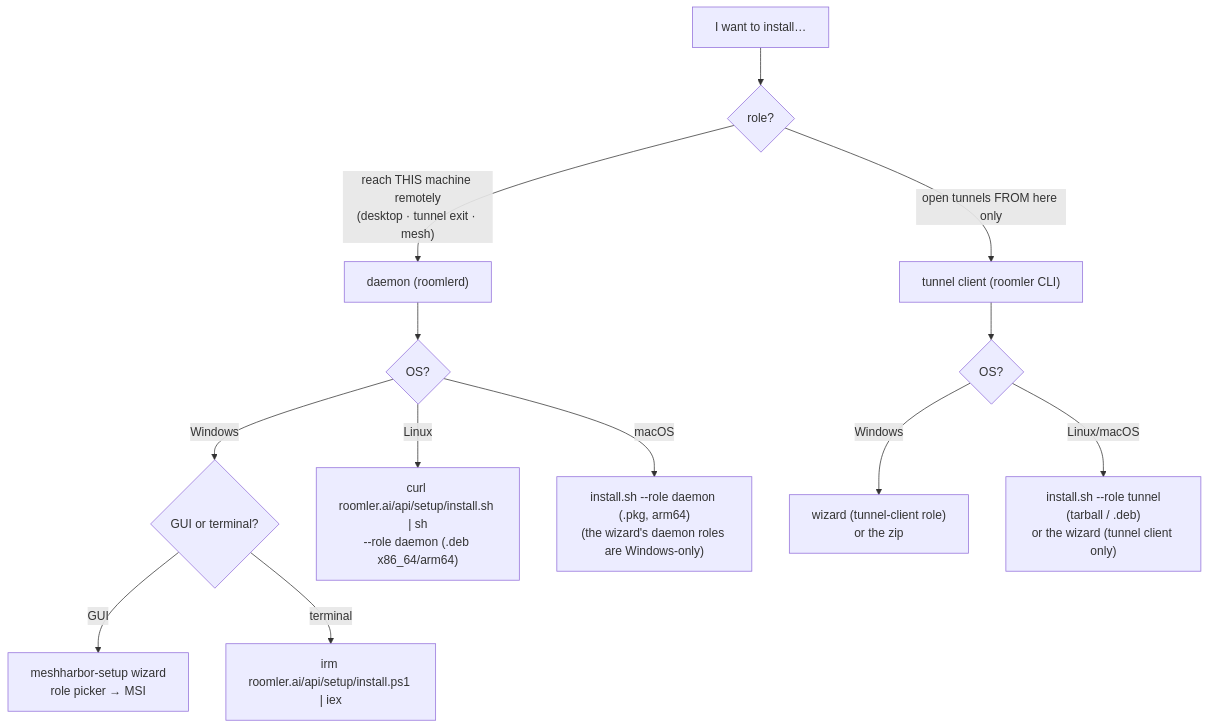
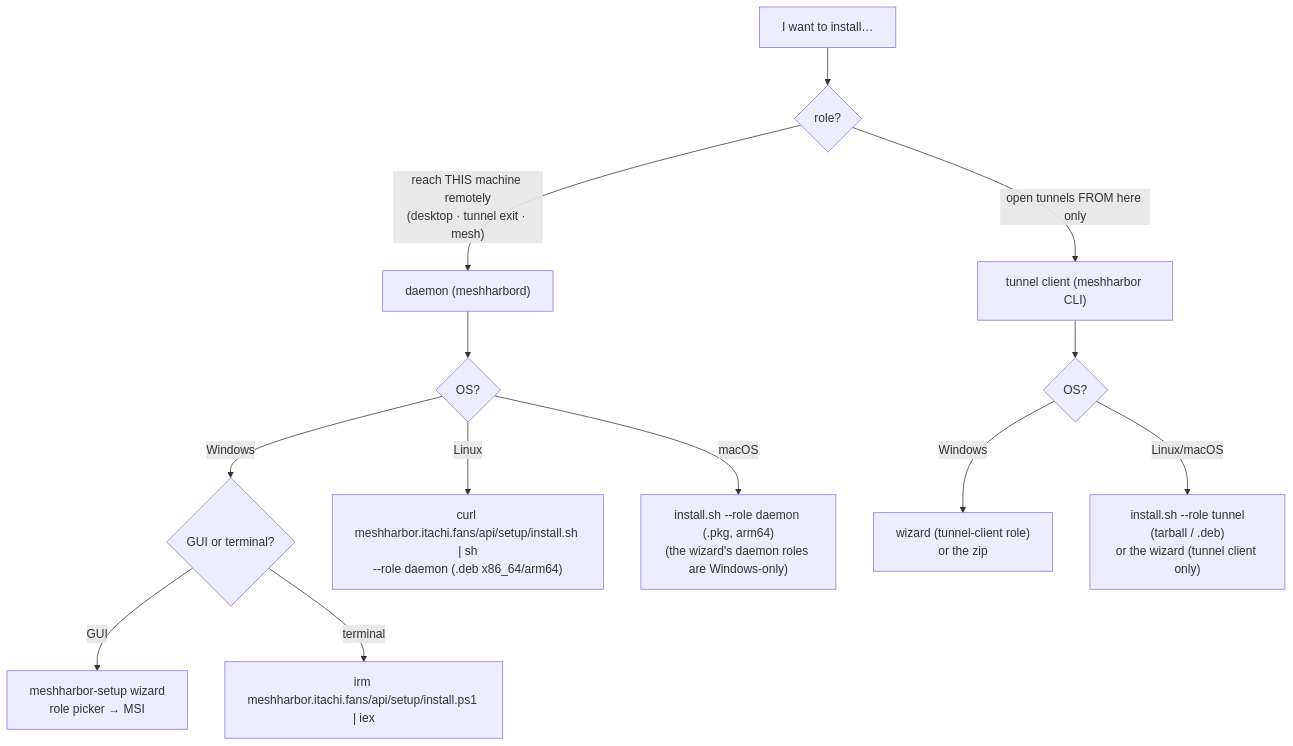
One commit to jk-zhang-meta/MeshHarbor changed the first of 5 diagrams in docs/installation.md. Above: the diagram before and after it, drawn with Mermaid. The commit also changed other lines of this file and 682 other files, not shown here.

````diff
--- a/docs/installation.md
+++ b/docs/installation.md
@@ -11,17 +11,17 @@
 ```mermaid
 flowchart TB
     START["I want to install…"] --> ROLE{"role?"}
-    ROLE -->|"reach THIS machine remotely<br/>(desktop · tunnel exit · mesh)"| DAEMON["daemon (roomlerd)"]
-    ROLE -->|"open tunnels FROM here only"| TC["tunnel client (roomler CLI)"]
+    ROLE -->|"reach THIS machine remotely<br/>(desktop · tunnel exit · mesh)"| DAEMON["daemon (meshharbord)"]
+    ROLE -->|"open tunnels FROM here only"| TC["tunnel client (meshharbor CLI)"]
 
     DAEMON --> OS1{"OS?"}
     OS1 -->|Windows| WGUI{"GUI or terminal?"}
     WGUI -->|GUI| WIZ["meshharbor-setup wizard<br/>role picker → MSI"]
-    WGUI -->|terminal| PS1["irm roomler.ai/api/setup/install.ps1 | iex"]
-    OS1 -->|Linux| SH["curl roomler.ai/api/setup/install.sh | sh<br/>--role daemon (.deb x86_64/arm64)"]
+    WGUI -->|terminal| PS1["irm meshharbor.itachi.fans/api/setup/install.ps1 | iex"]
+    OS1 -->|Linux| SH["curl meshharbor.itachi.fans/api/setup/install.sh | sh<br/>--role daemon (.deb x86_64/arm64)"]
     OS1 -->|macOS| PKG["install.sh --role daemon (.pkg, arm64)<br/>(the wizard's daemon roles are Windows-only)"]
 
     TC --> OS2{"OS?"}
     OS2 -->|Windows| TCW["wizard (tunnel-client role)<br/>or the zip"]
     OS2 -->|Linux/macOS| TCU["install.sh --role tunnel<br/>(tarball / .deb)<br/>or the wizard (tunnel client only)"]
 ```
````
